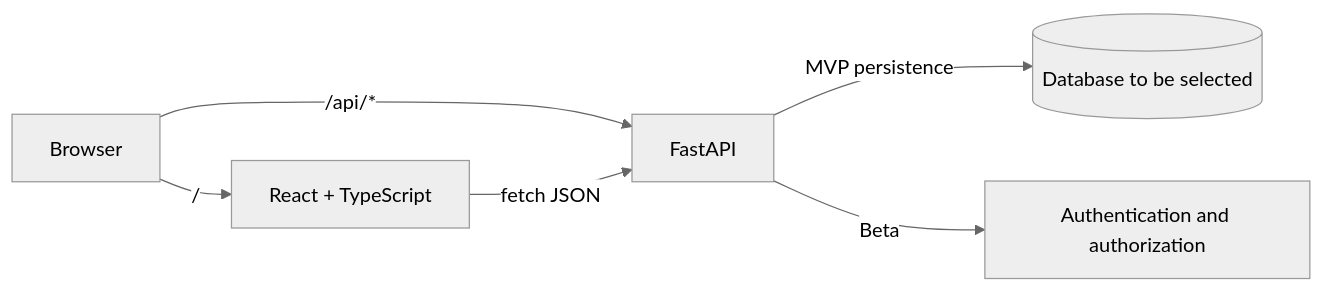
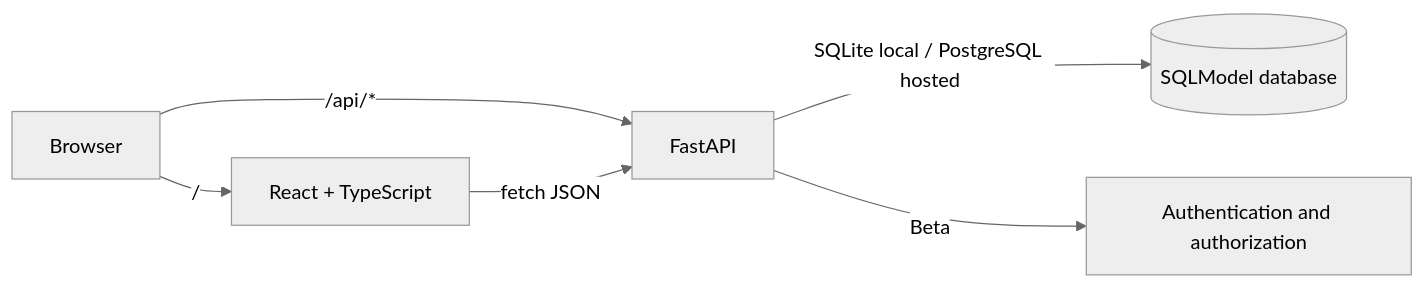
One commit to Saker001/2230957-S6-SkillSwap changed the first of 3 diagrams in docs/03-tdd.md. Above: the diagram before and after it, drawn with Mermaid (neutral theme). The commit also changed other lines of this file and 13 other files, not shown here.

````diff
--- a/docs/03-tdd.md
+++ b/docs/03-tdd.md
@@ -45,8 +48,8 @@
 ```mermaid
 flowchart LR
     Browser[Browser] -->|"/"| FE[React + TypeScript]
     Browser -->|"/api/*"| API[FastAPI]
     FE -->|fetch JSON| API
-    API -->|MVP persistence| DB[(Database to be selected)]
+    API -->|SQLite local / PostgreSQL hosted| DB[(SQLModel database)]
     API -->|Beta| Auth[Authentication and authorization]
 ```
````
